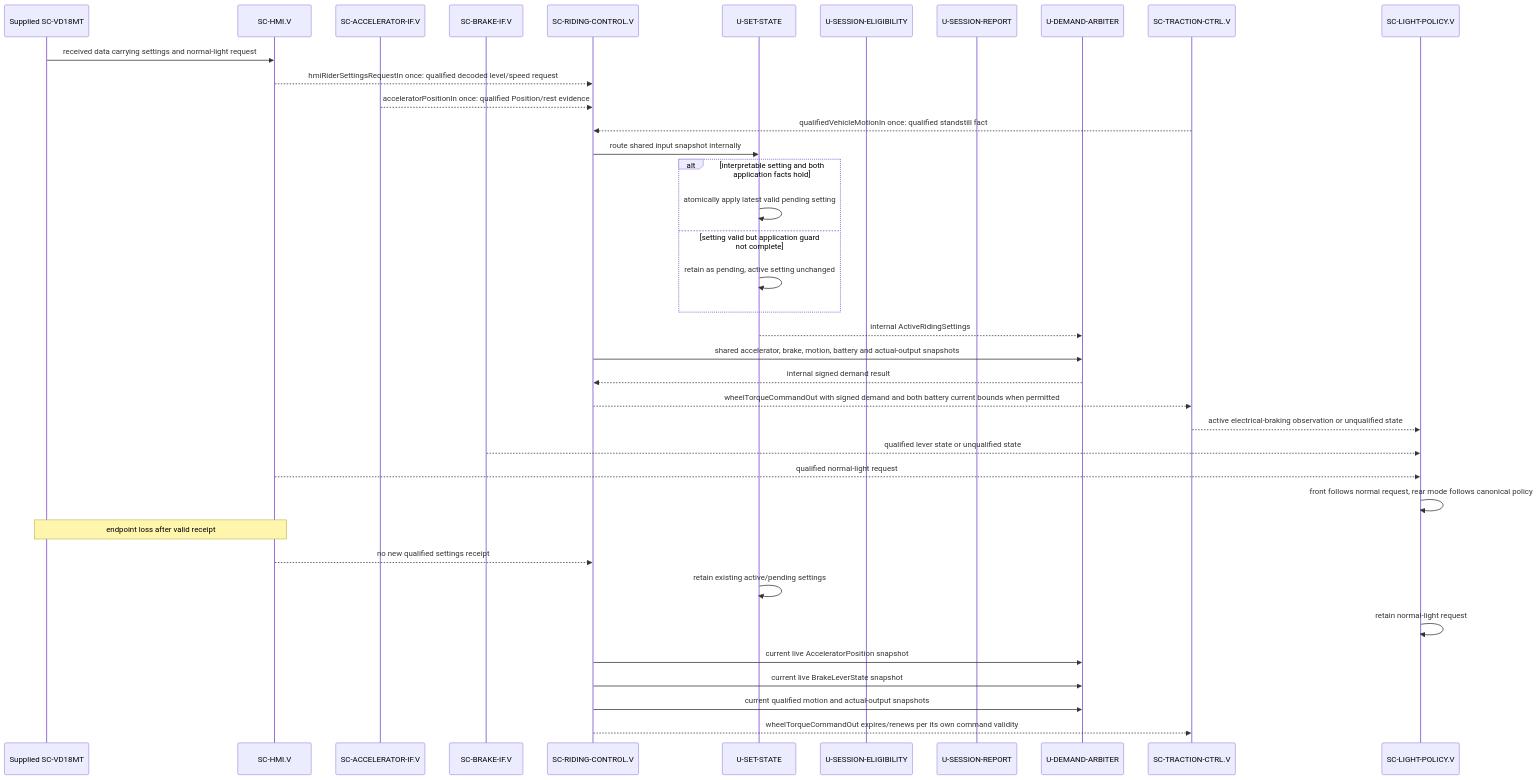
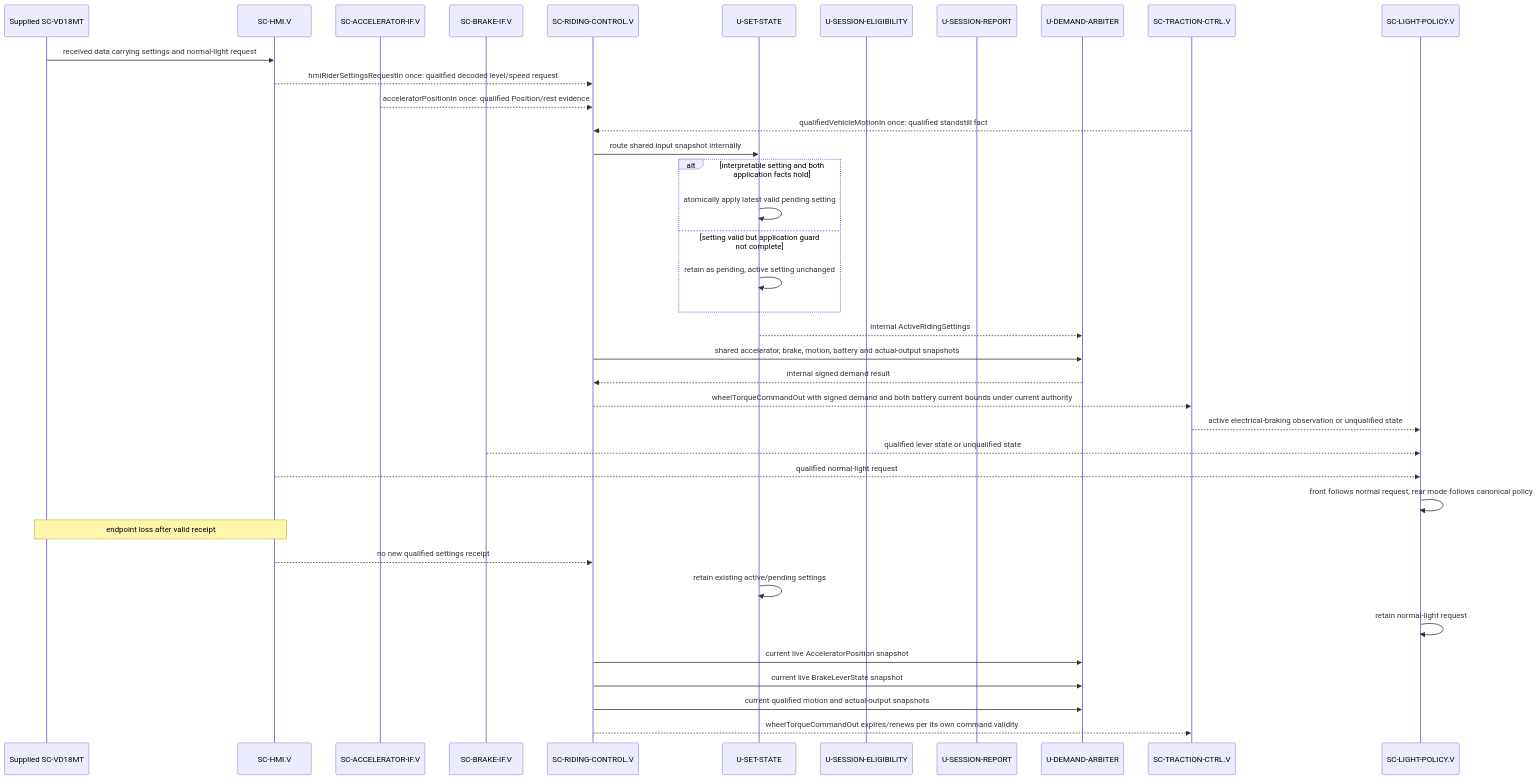
Before and after one commit to dhellhake/X2CityMCU: the seventh of 8 diagrams in .devenv/Architecture/SoftwareArchitecture/DetailedDesign/DD-004_Dynamic_Software_Architecture_Views.md, drawn with Mermaid. The commit also changed other lines of this file and 71 other files, not shown here.

````diff
--- a/.devenv/Architecture/SoftwareArchitecture/DetailedDesign/DD-004_Dynamic_Software_Architecture_Views.md
+++ b/.devenv/Architecture/SoftwareArchitecture/DetailedDesign/DD-004_Dynamic_Software_Architecture_Views.md
@@ -237,41 +250,41 @@
 ```mermaid
 sequenceDiagram
     participant VD as Supplied SC-VD18MT
     participant H as SC-HMI.V
     participant A as SC-ACCELERATOR-IF.V
     participant B as SC-BRAKE-IF.V
     participant RC as SC-RIDING-CONTROL.V
     participant SET as U-SET-STATE
     participant SES as U-SESSION-ELIGIBILITY
     participant REP as U-SESSION-REPORT
     participant D as U-DEMAND-ARBITER
     participant T as SC-TRACTION-CTRL.V
     participant L as SC-LIGHT-POLICY.V
 
     VD->>H: received data carrying settings and normal-light request
     H-->>RC: hmiRiderSettingsRequestIn once: qualified decoded level/speed request
     A-->>RC: acceleratorPositionIn once: qualified Position/rest evidence
     T-->>RC: qualifiedVehicleMotionIn once: qualified standstill fact
     RC->>SET: route shared input snapshot internally
     alt interpretable setting and both application facts hold
         SET->>SET: atomically apply latest valid pending setting
     else setting valid but application guard not complete
         SET->>SET: retain as pending, active setting unchanged
     end
     SET-->>D: internal ActiveRidingSettings
     RC->>D: shared accelerator, brake, motion, battery and actual-output snapshots
     D-->>RC: internal signed demand result
-    RC-->>T: wheelTorqueCommandOut with signed demand and both battery current bounds when permitted
+    RC-->>T: wheelTorqueCommandOut with signed demand and both battery current bounds under current authority
     T-->>L: active electrical-braking observation or unqualified state
     B-->>L: qualified lever state or unqualified state
     H-->>L: qualified normal-light request
     L->>L: front follows normal request, rear mode follows canonical policy
     Note over VD,H: endpoint loss after valid receipt
     H-->>RC: no new qualified settings receipt
     SET->>SET: retain existing active/pending settings
     L->>L: retain normal-light request
     RC->>D: current live AcceleratorPosition snapshot
     RC->>D: current live BrakeLeverState snapshot
     RC->>D: current qualified motion and actual-output snapshots
     RC-->>T: wheelTorqueCommandOut expires/renews per its own command validity
 ```
````
